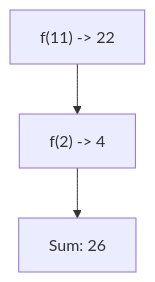
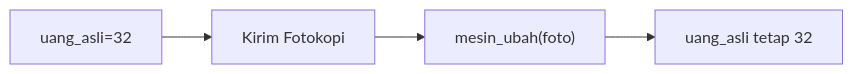
Before and after one commit to amnahwaida/OSNK_INF_PREP: the seventh of 25 diagrams in part-c-pemahaman-cpp/04-fungsi/latihan/set-11.md, drawn with Mermaid. The commit also changed other lines of this file and 71 other files, not shown here.

````diff
--- a/part-c-pemahaman-cpp/04-fungsi/latihan/set-11.md
+++ b/part-c-pemahaman-cpp/04-fungsi/latihan/set-11.md
@@ -182,5 +189,6 @@
 ```mermaid
-graph TD
-A["f(11) -> 22"] --> B["f(2) -> 4"]
-B --> C["Sum: 26"]
+graph LR
+A["uang_asli=32"] --> B["Kirim Fotokopi"]
+B --> C["mesin_ubah(foto)"]
+C --> D["uang_asli tetap 32"]
 ```
````
